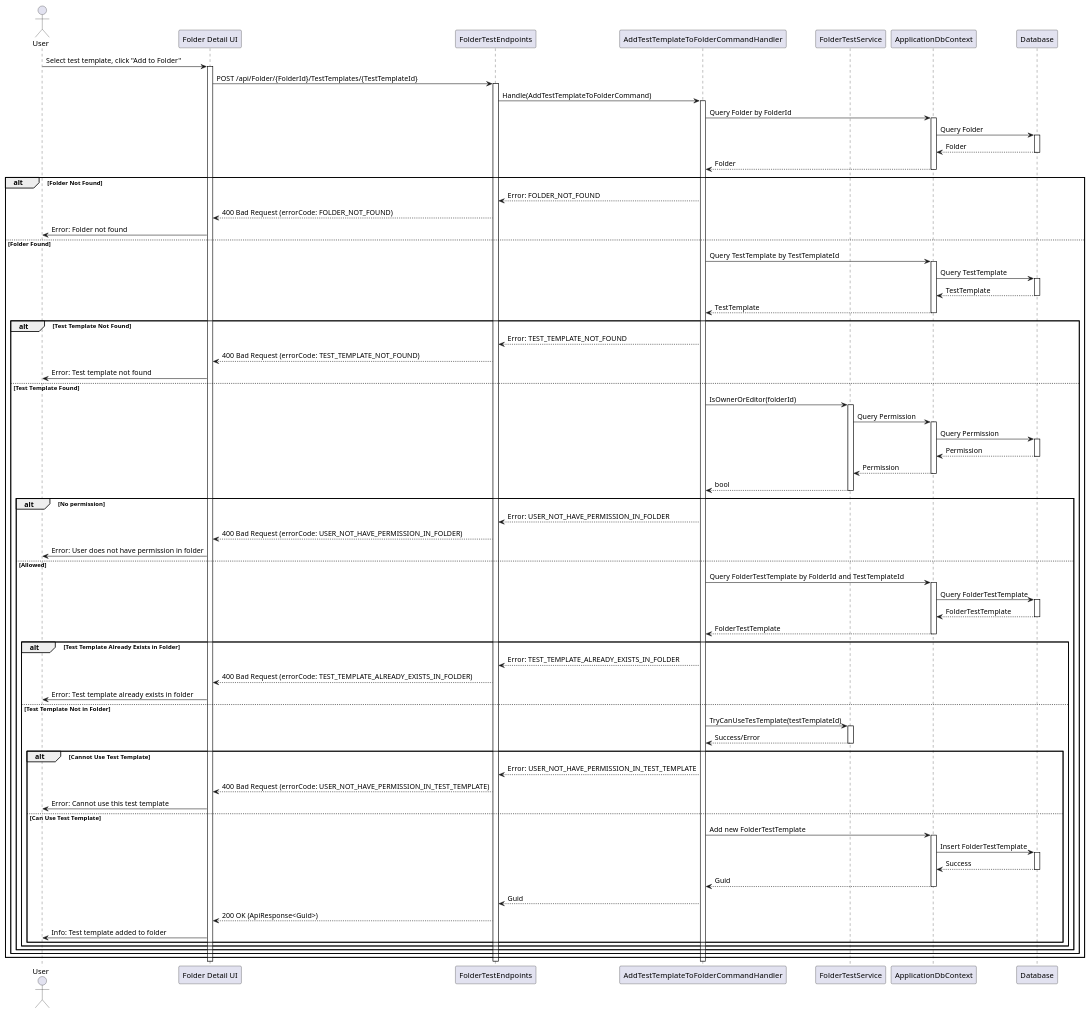
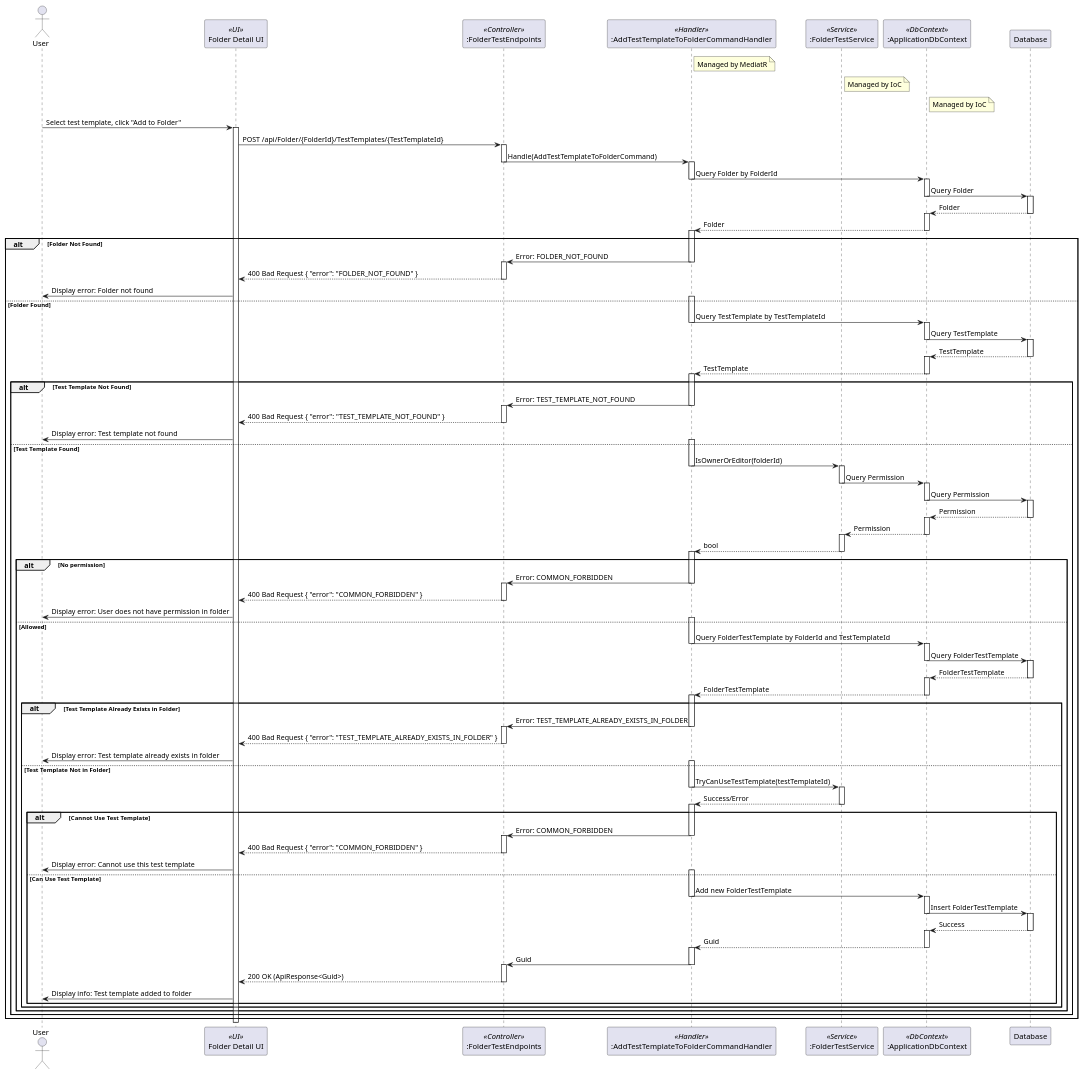
One commit to thanhkhac/SEP_Diagram changed the diagram in FolderTest/Sequence/AddTestTemplateToFolderCommand.puml. Above: the diagram before and after it, drawn with PlantUML. The commit also changed 23 other files, not shown here.

First line of the commit message:
Enhance sequence diagrams with detailed flow and roles

```diff
--- a/FolderTest/Sequence/AddTestTemplateToFolderCommand.puml
+++ b/FolderTest/Sequence/AddTestTemplateToFolderCommand.puml
@@ -1,100 +1,159 @@
 @startuml
 actor User
-participant "Folder Detail UI" as UI
-participant FolderTestEndpoints
-participant AddTestTemplateToFolderCommandHandler as Handler
-participant FolderTestService
-participant ApplicationDbContext
+participant "Folder Detail UI" as UI <<UI>>
+participant ":FolderTestEndpoints" as FolderTestEndpoints <<Controller>>
+participant ":AddTestTemplateToFolderCommandHandler" as AddTestTemplateToFolderCommandHandler <<Handler>>
+participant ":FolderTestService" as FolderTestService <<Service>>
+participant ":ApplicationDbContext" as ApplicationDbContext <<DbContext>>
 participant Database
+
+note right of AddTestTemplateToFolderCommandHandler
+  Managed by MediatR
+end note
+
+note right of FolderTestService
+  Managed by IoC
+end note
+
+note right of ApplicationDbContext
+  Managed by IoC
+end note
 
 User -> UI : Select test template, click "Add to Folder"
 activate UI
 UI -> FolderTestEndpoints : POST /api/Folder/{FolderId}/TestTemplates/{TestTemplateId}
 activate FolderTestEndpoints
-FolderTestEndpoints -> Handler : Handle(AddTestTemplateToFolderCommand)
-activate Handler
-Handler -> ApplicationDbContext : Query Folder by FolderId
+FolderTestEndpoints -> AddTestTemplateToFolderCommandHandler : Handle(AddTestTemplateToFolderCommand)
+deactivate FolderTestEndpoints
+activate AddTestTemplateToFolderCommandHandler
+AddTestTemplateToFolderCommandHandler -> ApplicationDbContext : Query Folder by FolderId
+deactivate AddTestTemplateToFolderCommandHandler
 activate ApplicationDbContext
 ApplicationDbContext -> Database : Query Folder
+deactivate ApplicationDbContext
 activate Database
 Database --> ApplicationDbContext : Folder
 deactivate Database
-ApplicationDbContext --> Handler : Folder
+activate ApplicationDbContext
+ApplicationDbContext --> AddTestTemplateToFolderCommandHandler : Folder
 deactivate ApplicationDbContext
+activate AddTestTemplateToFolderCommandHandler
 alt Folder Not Found
-    Handler --> FolderTestEndpoints : Error: FOLDER_NOT_FOUND
-    FolderTestEndpoints --> UI : 400 Bad Request (errorCode: FOLDER_NOT_FOUND)
-    UI -> User : Error: Folder not found
+    AddTestTemplateToFolderCommandHandler -> FolderTestEndpoints : Error: FOLDER_NOT_FOUND
+    deactivate AddTestTemplateToFolderCommandHandler
+    activate FolderTestEndpoints
+    FolderTestEndpoints --> UI : 400 Bad Request { "error": "FOLDER_NOT_FOUND" }
+    deactivate FolderTestEndpoints
+    UI -> User : Display error: Folder not found
 else Folder Found
-    Handler -> ApplicationDbContext : Query TestTemplate by TestTemplateId
+    activate AddTestTemplateToFolderCommandHandler
+    AddTestTemplateToFolderCommandHandler -> ApplicationDbContext : Query TestTemplate by TestTemplateId
+    deactivate AddTestTemplateToFolderCommandHandler
     activate ApplicationDbContext
     ApplicationDbContext -> Database : Query TestTemplate
+    deactivate ApplicationDbContext
     activate Database
     Database --> ApplicationDbContext : TestTemplate
     deactivate Database
-    ApplicationDbContext --> Handler : TestTemplate
+    activate ApplicationDbContext
+    ApplicationDbContext --> AddTestTemplateToFolderCommandHandler : TestTemplate
     deactivate ApplicationDbContext
+    activate AddTestTemplateToFolderCommandHandler
     alt Test Template Not Found
-        Handler --> FolderTestEndpoints : Error: TEST_TEMPLATE_NOT_FOUND
-        FolderTestEndpoints --> UI : 400 Bad Request (errorCode: TEST_TEMPLATE_NOT_FOUND)
-        UI -> User : Error: Test template not found
+        AddTestTemplateToFolderCommandHandler -> FolderTestEndpoints : Error: TEST_TEMPLATE_NOT_FOUND
+        deactivate AddTestTemplateToFolderCommandHandler
+        activate FolderTestEndpoints
+        FolderTestEndpoints --> UI : 400 Bad Request { "error": "TEST_TEMPLATE_NOT_FOUND" }
+        deactivate FolderTestEndpoints
+        UI -> User : Display error: Test template not found
     else Test Template Found
-        Handler -> FolderTestService : IsOwnerOrEditor(folderId)
+        activate AddTestTemplateToFolderCommandHandler
+        AddTestTemplateToFolderCommandHandler -> FolderTestService : IsOwnerOrEditor(folderId)
+        deactivate AddTestTemplateToFolderCommandHandler
         activate FolderTestService
         FolderTestService -> ApplicationDbContext : Query Permission
+        deactivate FolderTestService
         activate ApplicationDbContext
         ApplicationDbContext -> Database : Query Permission
+        deactivate ApplicationDbContext
         activate Database
         Database --> ApplicationDbContext : Permission
         deactivate Database
+        activate ApplicationDbContext
         ApplicationDbContext --> FolderTestService : Permission
         deactivate ApplicationDbContext
-        FolderTestService --> Handler : bool
+        activate FolderTestService
+        FolderTestService --> AddTestTemplateToFolderCommandHandler : bool
         deactivate FolderTestService
+        activate AddTestTemplateToFolderCommandHandler
         alt No permission
-            Handler --> FolderTestEndpoints : Error: USER_NOT_HAVE_PERMISSION_IN_FOLDER
-            FolderTestEndpoints --> UI : 400 Bad Request (errorCode: USER_NOT_HAVE_PERMISSION_IN_FOLDER)
-            UI -> User : Error: User does not have permission in folder
+            AddTestTemplateToFolderCommandHandler -> FolderTestEndpoints : Error: COMMON_FORBIDDEN
+            deactivate AddTestTemplateToFolderCommandHandler
+            activate FolderTestEndpoints
+            FolderTestEndpoints --> UI : 400 Bad Request { "error": "COMMON_FORBIDDEN" }
+            deactivate FolderTestEndpoints
+            UI -> User : Display error: User does not have permission in folder
         else Allowed
-            Handler -> ApplicationDbContext : Query FolderTestTemplate by FolderId and TestTemplateId
+            activate AddTestTemplateToFolderCommandHandler
+            AddTestTemplateToFolderCommandHandler -> ApplicationDbContext : Query FolderTestTemplate by FolderId and TestTemplateId
+            deactivate AddTestTemplateToFolderCommandHandler
             activate ApplicationDbContext
             ApplicationDbContext -> Database : Query FolderTestTemplate
+            deactivate ApplicationDbContext
             activate Database
             Database --> ApplicationDbContext : FolderTestTemplate
             deactivate Database
-            ApplicationDbContext --> Handler : FolderTestTemplate
+            activate ApplicationDbContext
+            ApplicationDbContext --> AddTestTemplateToFolderCommandHandler : FolderTestTemplate
             deactivate ApplicationDbContext
+            activate AddTestTemplateToFolderCommandHandler
             alt Test Template Already Exists in Folder
-                Handler --> FolderTestEndpoints : Error: TEST_TEMPLATE_ALREADY_EXISTS_IN_FOLDER
-                FolderTestEndpoints --> UI : 400 Bad Request (errorCode: TEST_TEMPLATE_ALREADY_EXISTS_IN_FOLDER)
-                UI -> User : Error: Test template already exists in folder
+                AddTestTemplateToFolderCommandHandler -> FolderTestEndpoints : Error: TEST_TEMPLATE_ALREADY_EXISTS_IN_FOLDER
+                deactivate AddTestTemplateToFolderCommandHandler
+                activate FolderTestEndpoints
+                FolderTestEndpoints --> UI : 400 Bad Request { "error": "TEST_TEMPLATE_ALREADY_EXISTS_IN_FOLDER" }
+                deactivate FolderTestEndpoints
+                UI -> User : Display error: Test template already exists in folder
             else Test Template Not in Folder
-                Handler -> FolderTestService : TryCanUseTesTemplate(testTemplateId)
+                activate AddTestTemplateToFolderCommandHandler
+                AddTestTemplateToFolderCommandHandler -> FolderTestService : TryCanUseTestTemplate(testTemplateId)
+                deactivate AddTestTemplateToFolderCommandHandler
                 activate FolderTestService
-                FolderTestService --> Handler : Success/Error
+                FolderTestService --> AddTestTemplateToFolderCommandHandler : Success/Error
                 deactivate FolderTestService
+                activate AddTestTemplateToFolderCommandHandler
                 alt Cannot Use Test Template
-                    Handler --> FolderTestEndpoints : Error: USER_NOT_HAVE_PERMISSION_IN_TEST_TEMPLATE
-                    FolderTestEndpoints --> UI : 400 Bad Request (errorCode: USER_NOT_HAVE_PERMISSION_IN_TEST_TEMPLATE)
-                    UI -> User : Error: Cannot use this test template
+                    AddTestTemplateToFolderCommandHandler -> FolderTestEndpoints : Error: COMMON_FORBIDDEN
+                    deactivate AddTestTemplateToFolderCommandHandler
+                    activate FolderTestEndpoints
+                    FolderTestEndpoints --> UI : 400 Bad Request { "error": "COMMON_FORBIDDEN" }
+                    deactivate FolderTestEndpoints
+                    UI -> User : Display error: Cannot use this test template
                 else Can Use Test Template
-                    Handler -> ApplicationDbContext : Add new FolderTestTemplate
+                    activate AddTestTemplateToFolderCommandHandler
+                    AddTestTemplateToFolderCommandHandler -> ApplicationDbContext : Add new FolderTestTemplate
+                    deactivate AddTestTemplateToFolderCommandHandler
                     activate ApplicationDbContext
                     ApplicationDbContext -> Database : Insert FolderTestTemplate
+                    deactivate ApplicationDbContext
                     activate Database
                     Database --> ApplicationDbContext : Success
                     deactivate Database
-                    ApplicationDbContext --> Handler : Guid
+                    activate ApplicationDbContext
+                    ApplicationDbContext --> AddTestTemplateToFolderCommandHandler : Guid
                     deactivate ApplicationDbContext
-                    Handler --> FolderTestEndpoints : Guid
+                    activate AddTestTemplateToFolderCommandHandler
+                    AddTestTemplateToFolderCommandHandler -> FolderTestEndpoints : Guid
+                    deactivate AddTestTemplateToFolderCommandHandler
+                    activate FolderTestEndpoints
                     FolderTestEndpoints --> UI : 200 OK (ApiResponse<Guid>)
-                    UI -> User : Info: Test template added to folder
+                    deactivate FolderTestEndpoints
+                    UI -> User : Display info: Test template added to folder
                 end
             end
         end
     end
 end
-deactivate Handler
-deactivate FolderTestEndpoints
 deactivate UI
+
 @enduml
```
